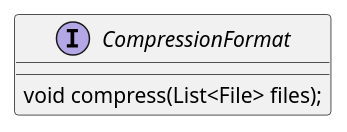
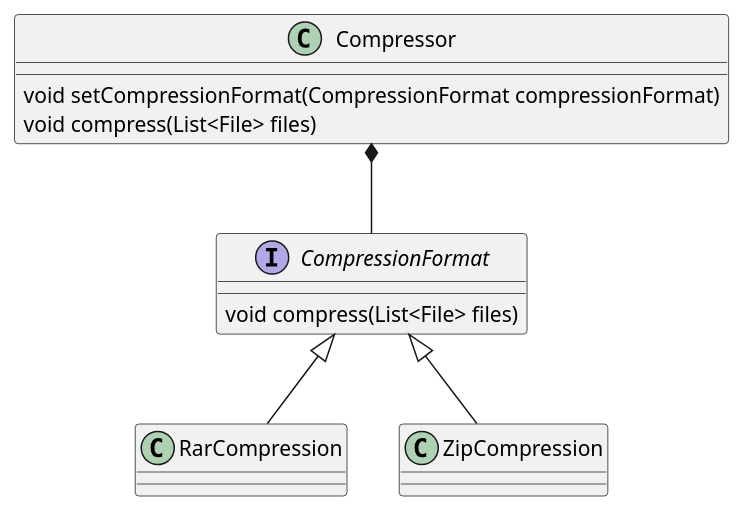
One commit to sauljabin/java-design-patterns changed the diagram in plantuml/strategy.puml. Above: the diagram before and after it, drawn with PlantUML. The commit also changed 15 other files, not shown here.

```diff
--- a/plantuml/strategy.puml
+++ b/plantuml/strategy.puml
@@ -1,7 +1,17 @@
 @startuml
 
 interface CompressionFormat {
-    void compress(List<File> files);
+    void compress(List<File> files)
 }
 
+class Compressor {
+	void setCompressionFormat(CompressionFormat compressionFormat)
+	void compress(List<File> files)
+}
+
+RarCompression -u-|> CompressionFormat
+ZipCompression -u-|> CompressionFormat
+
+Compressor *-d- CompressionFormat
+
 @enduml
```
